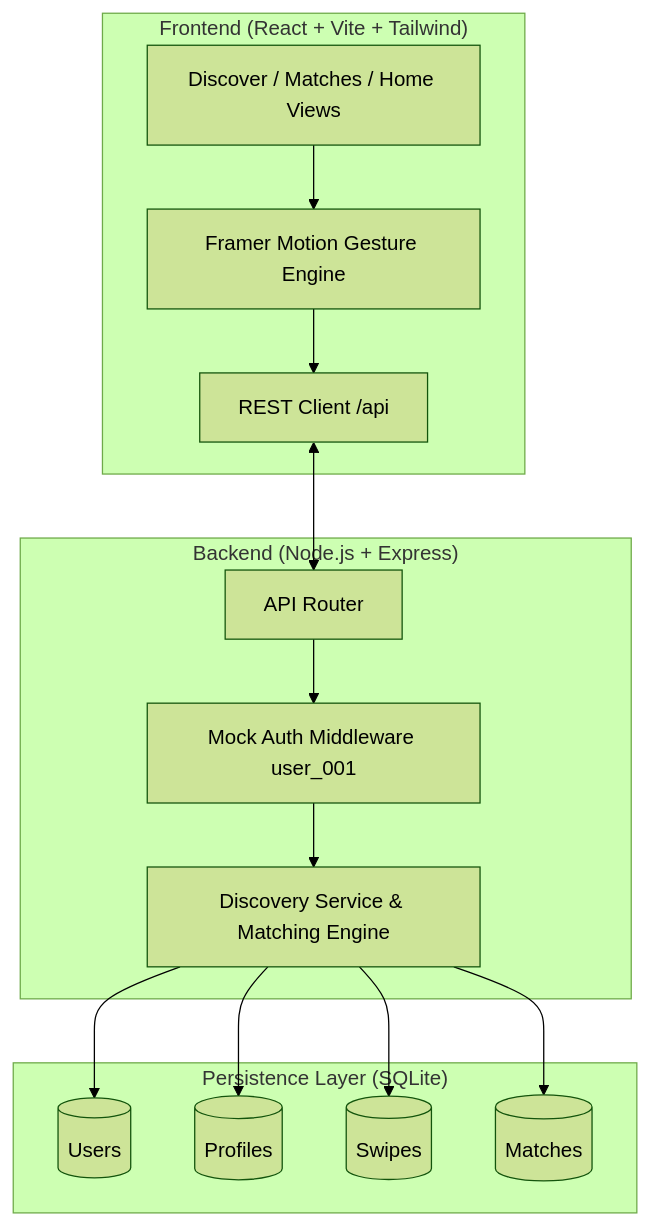
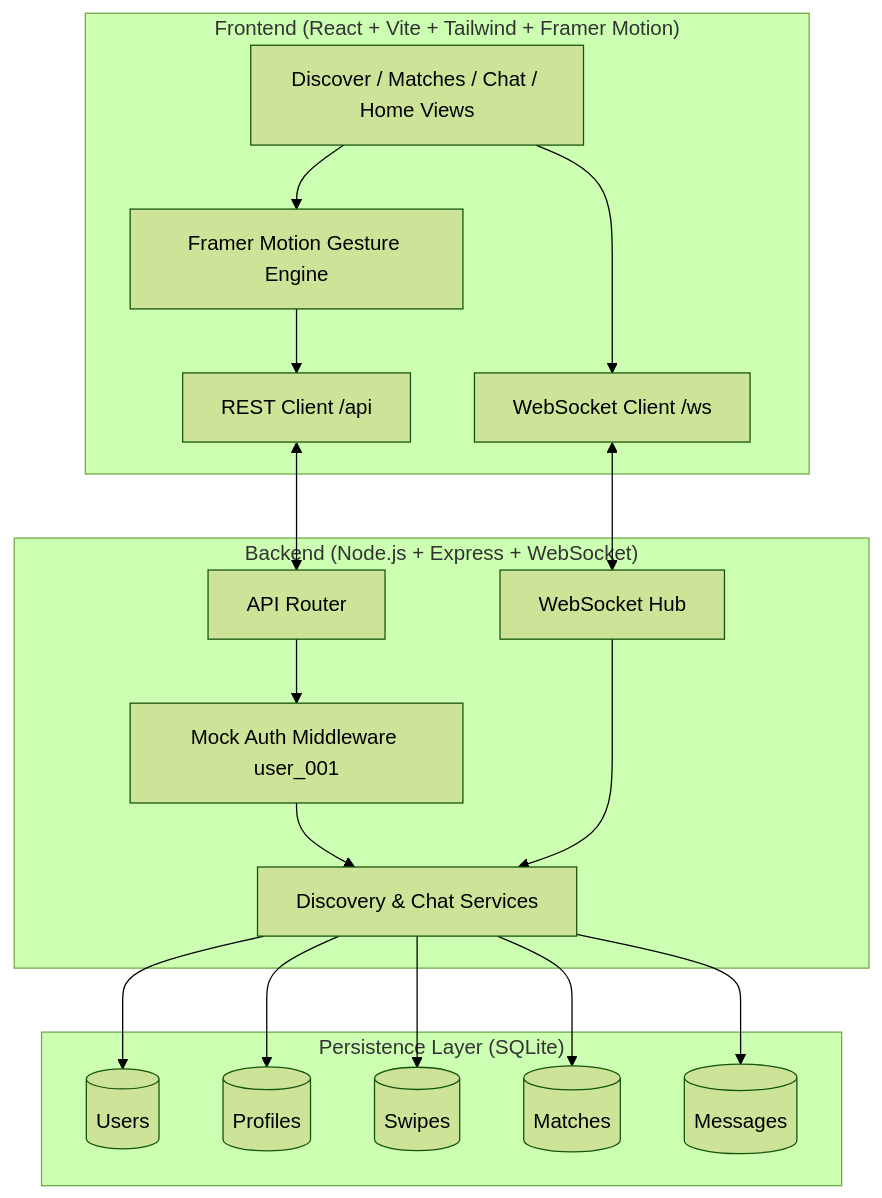
Before and after one commit to Kavya-kakkar/Coy_discover-: the diagram in README.md, drawn with Mermaid (forest theme). The commit also changed other lines of this file and 4 other files, not shown here.

````diff
--- a/README.md
+++ b/README.md
@@ -27,31 +58,38 @@
 ```mermaid
 flowchart TD
-    subgraph Frontend ["Frontend (React + Vite + Tailwind)"]
-        UI[Discover / Matches / Home Views]
+    subgraph Frontend ["Frontend (React + Vite + Tailwind + Framer Motion)"]
+        UI[Discover / Matches / Chat / Home Views]
         Motion[Framer Motion Gesture Engine]
         APIClient[REST Client /api]
+        WSClient[WebSocket Client /ws]
         UI --> Motion
         Motion --> APIClient
+        UI --> WSClient
     end
 
-    subgraph Backend ["Backend (Node.js + Express)"]
+    subgraph Backend ["Backend (Node.js + Express + WebSocket)"]
         Router[API Router]
+        WSHub[WebSocket Hub]
         Auth[Mock Auth Middleware user_001]
-        Service[Discovery Service & Matching Engine]
+        Service[Discovery & Chat Services]
         Router --> Auth
         Auth --> Service
+        WSHub --> Service
     end
 
     subgraph Database ["Persistence Layer (SQLite)"]
         Users[(Users)]
         Profiles[(Profiles)]
         Swipes[(Swipes)]
         Matches[(Matches)]
+        Messages[(Messages)]
         Service --> Users
         Service --> Profiles
         Service --> Swipes
         Service --> Matches
+        Service --> Messages
     end
 
     APIClient <--> Router
+    WSClient <--> WSHub
 ```
````
